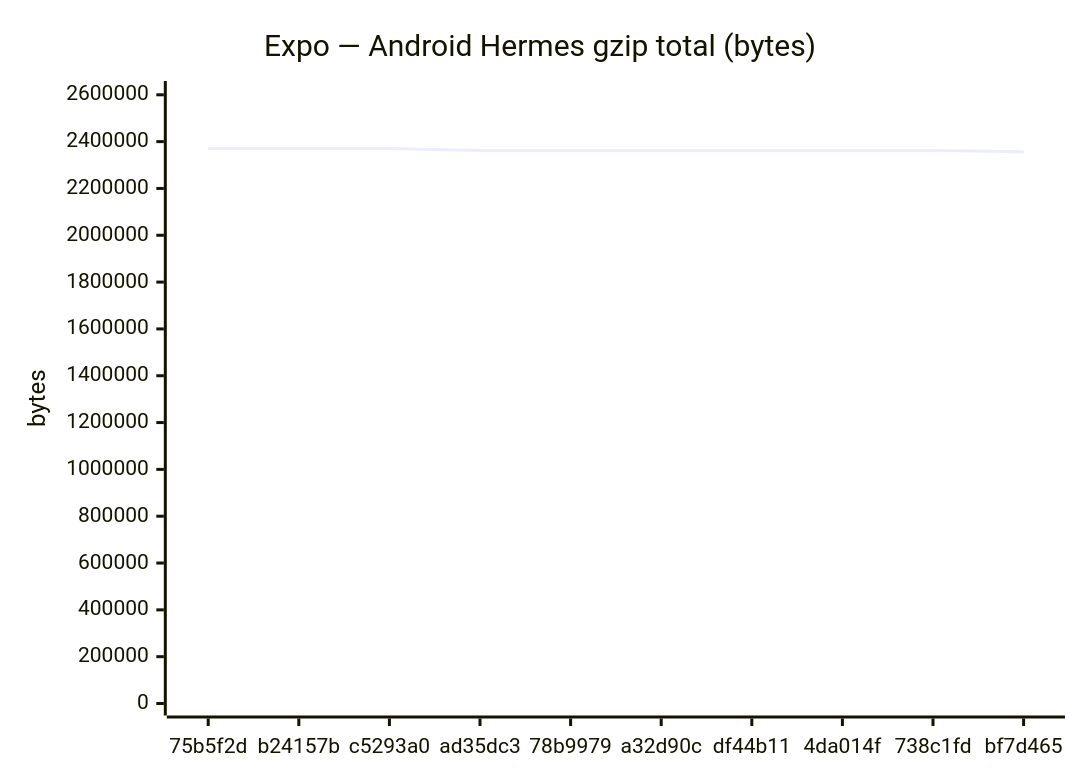
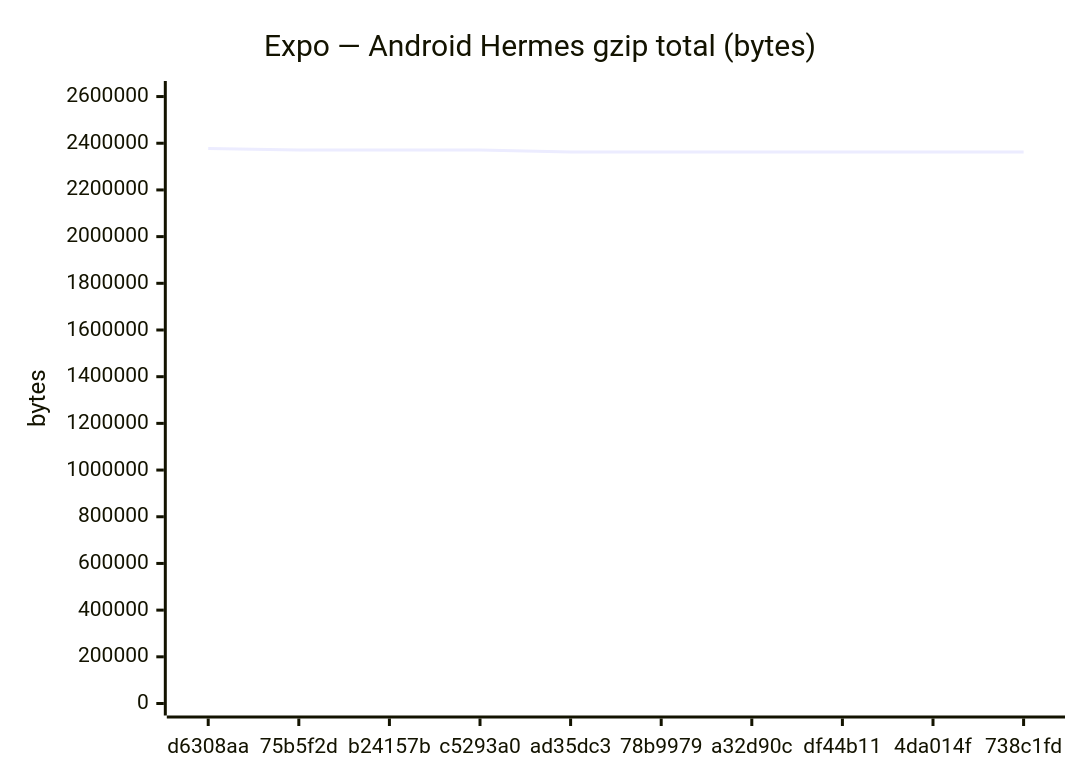
Before and after one commit to Metaheurist/Rianell: the seventh of 24 diagrams in benchmarks/compare.md, drawn with Mermaid. The commit also changed other lines of this file and 14 other files, not shown here.

````diff
--- a/benchmarks/compare.md
+++ b/benchmarks/compare.md
@@ -116,7 +116,7 @@
 ```mermaid
 xychart-beta
     title "Expo — Android Hermes gzip total (bytes)"
-    x-axis ["75b5f2d", "b24157b", "c5293a0", "ad35dc3", "78b9979", "a32d90c", "df44b11", "4da014f", "738c1fd", "bf7d465"]
-    y-axis "bytes" 0 --> 2607698
-    line [2370632, 2370632, 2370634, 2362082, 2362084, 2362047, 2362047, 2362048, 2362047, 2356686]
+    x-axis ["d6308aa", "75b5f2d", "b24157b", "c5293a0", "ad35dc3", "78b9979", "a32d90c", "df44b11", "4da014f", "738c1fd"]
+    y-axis "bytes" 0 --> 2615237
+    line [2377488, 2370632, 2370632, 2370634, 2362082, 2362084, 2362047, 2362047, 2362048, 2362047]
 ```
````
